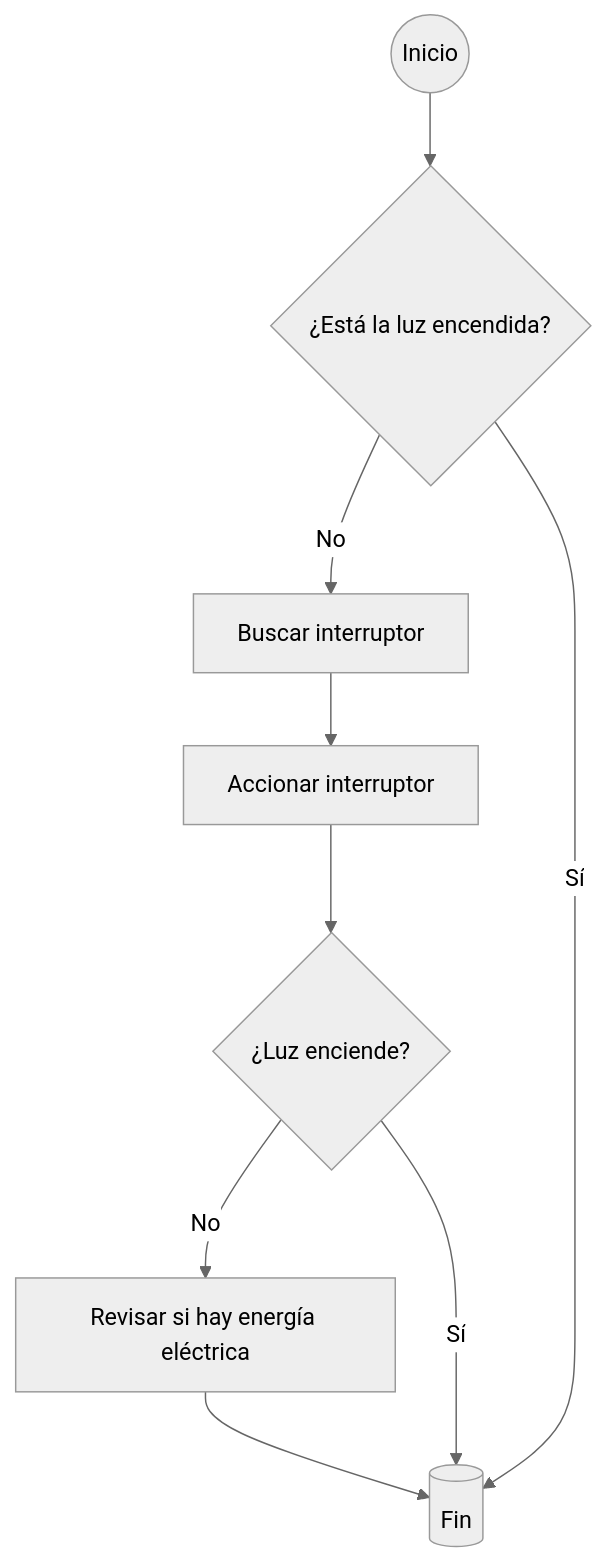
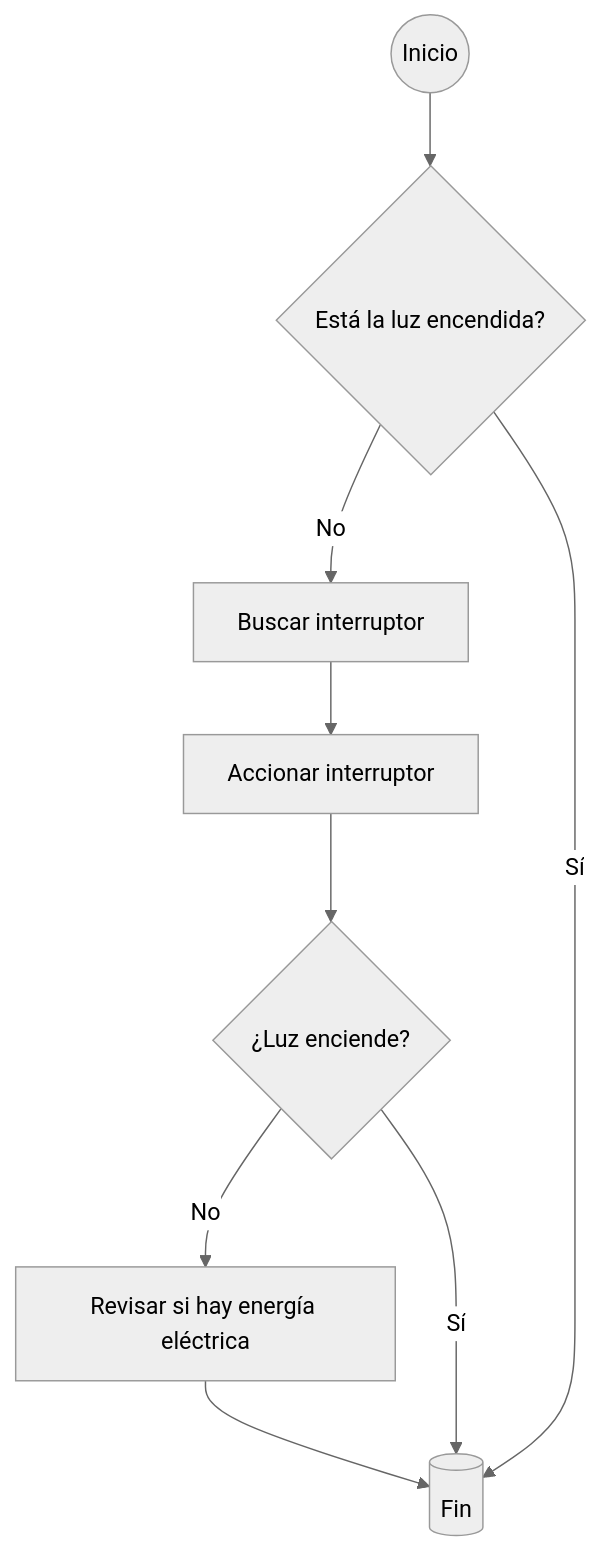
Before and after one commit to aleroses/Platzi: the first of 2 diagrams in DW/1-basico/17.pensamiento-lógico/algoritmos-diagramas-de-flujo/algoritmos-y-diagramas-de-flujo.md, drawn with Mermaid (neutral theme).

````diff
--- a/DW/1-basico/17.pensamiento-lógico/algoritmos-diagramas-de-flujo/algoritmos-y-diagramas-de-flujo.md
+++ b/DW/1-basico/17.pensamiento-lógico/algoritmos-diagramas-de-flujo/algoritmos-y-diagramas-de-flujo.md
@@ -713,19 +713,19 @@
 ```mermaid
 graph TD
 A((Inicio))
-B{¿Está la luz encendida?}
+B{Está la luz encendida?}
 C[Buscar interruptor]
 D[Accionar interruptor]
 E{¿Luz enciende?}
 F[Revisar si hay energía eléctrica]
 G[(Fin)]
 
 A --> B
 B -- No --> C
 C --> D
 D --> E
 E -- No --> F
 F --> G
 E -- Sí --> G
 B -- Sí --> G
 ```
````
